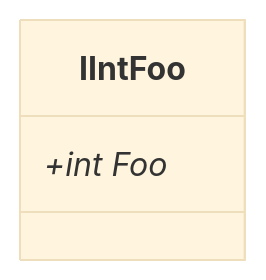
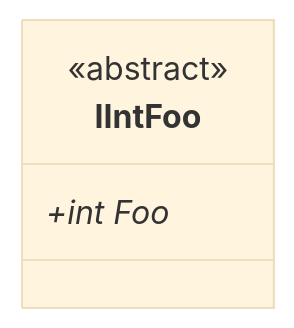
Before and after one commit to erichiller/gh-action-cs-metrics: the sixth of 7 diagrams in test/SampleProject/CODE_METRICS.md, drawn with Mermaid (base theme). The commit also changed other lines of this file, not shown here.

````diff
--- a/test/SampleProject/CODE_METRICS.md
+++ b/test/SampleProject/CODE_METRICS.md
@@ -287,10 +301,11 @@
 ```mermaid
 %%{init: {
     'fontFamily': 'monospace'
 } }%%
 classDiagram
 class SomeRoot_SampleProject_IIntFoo ["IIntFoo"] {
+    <<abstract>>
     +int Foo*
 }
 
 ```
````
